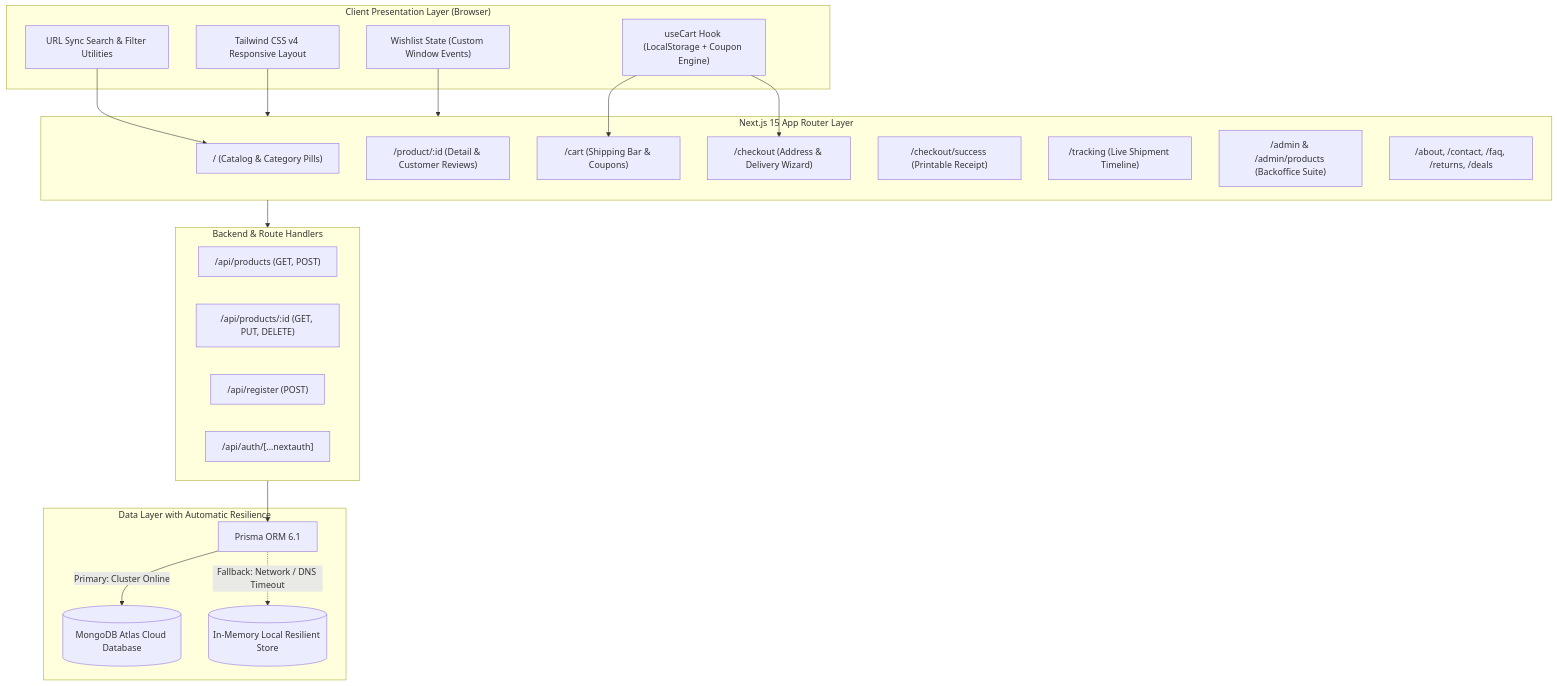
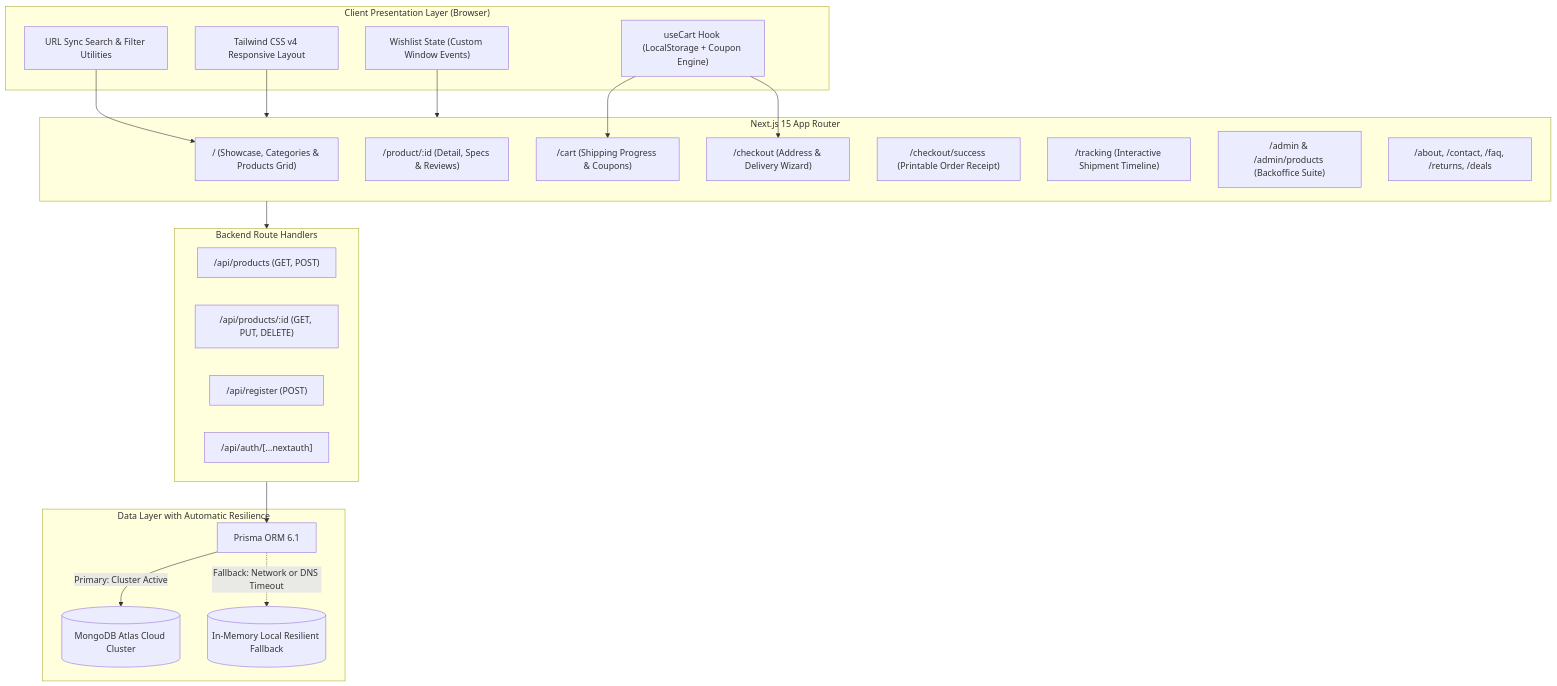
Before and after one commit to haticetatli/next.js-ecommerce: the diagram in README.md, drawn with Mermaid. The commit also changed other lines of this file and 12 other files, not shown here.

````diff
--- a/README.md
+++ b/README.md
@@ -87,43 +43,43 @@
 ```mermaid
 flowchart TD
-    subgraph Client ["Client Presentation Layer (Browser)"]
+    subgraph ClientLayer ["Client Presentation Layer (Browser)"]
         UI["Tailwind CSS v4 Responsive Layout"]
         CartStore["useCart Hook (LocalStorage + Coupon Engine)"]
         Wishlist["Wishlist State (Custom Window Events)"]
         FilterEngine["URL Sync Search & Filter Utilities"]
     end
 
-    subgraph AppRouter ["Next.js 15 App Router Layer"]
-        HomePage["/ (Catalog & Category Pills)"]
-        ProductPage["/product/:id (Detail & Customer Reviews)"]
-        CartPage["/cart (Shipping Bar & Coupons)"]
+    subgraph AppRouterLayer ["Next.js 15 App Router"]
+        HomePage["/ (Showcase, Categories & Products Grid)"]
+        ProductPage["/product/:id (Detail, Specs & Reviews)"]
+        CartPage["/cart (Shipping Progress & Coupons)"]
         CheckoutPage["/checkout (Address & Delivery Wizard)"]
-        SuccessPage["/checkout/success (Printable Receipt)"]
-        TrackPage["/tracking (Live Shipment Timeline)"]
+        SuccessPage["/checkout/success (Printable Order Receipt)"]
+        TrackPage["/tracking (Interactive Shipment Timeline)"]
         AdminArea["/admin & /admin/products (Backoffice Suite)"]
         Corporate["/about, /contact, /faq, /returns, /deals"]
     end
 
-    subgraph APILayer ["Backend & Route Handlers"]
+    subgraph BackendLayer ["Backend Route Handlers"]
         ProductsAPI["/api/products (GET, POST)"]
         ProductDetailAPI["/api/products/:id (GET, PUT, DELETE)"]
         RegisterAPI["/api/register (POST)"]
         AuthRoute["/api/auth/[...nextauth]"]
     end
 
     subgraph DataResilience ["Data Layer with Automatic Resilience"]
         PrismaClient["Prisma ORM 6.1"]
-        MongoAtlas[("MongoDB Atlas Cloud Database")]
-        InMemoryStore[("In-Memory Local Resilient Store")]
+        MongoAtlas[("MongoDB Atlas Cloud Cluster")]
+        InMemoryStore[("In-Memory Local Resilient Fallback")]
     end
 
-    UI --> AppRouter
+    UI --> AppRouterLayer
     CartStore --> CartPage
     CartStore --> CheckoutPage
-    Wishlist --> AppRouter
+    Wishlist --> AppRouterLayer
     FilterEngine --> HomePage
-    AppRouter --> APILayer
-    APILayer --> PrismaClient
-    PrismaClient -->|Primary: Cluster Online| MongoAtlas
-    PrismaClient -.->|Fallback: Network / DNS Timeout| InMemoryStore
+    AppRouterLayer --> BackendLayer
+    BackendLayer --> PrismaClient
+    PrismaClient -->|Primary: Cluster Active| MongoAtlas
+    PrismaClient -.->|Fallback: Network or DNS Timeout| InMemoryStore
 ```
````
